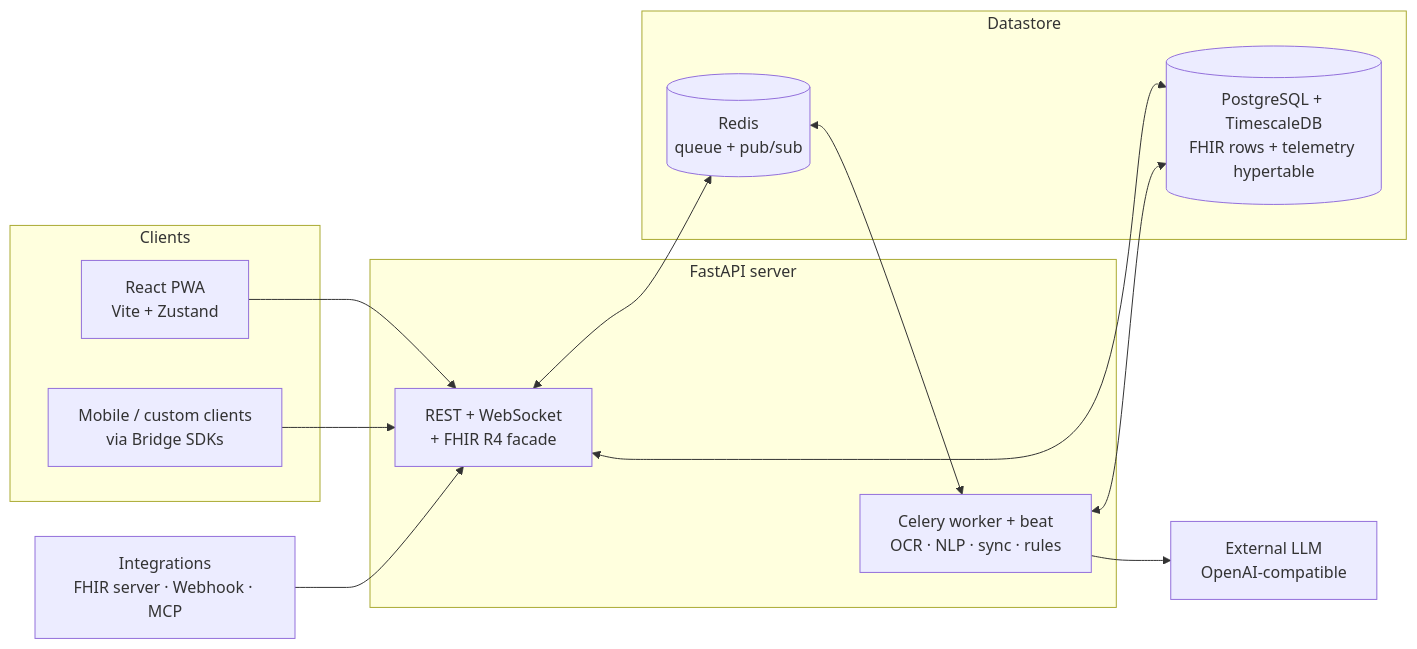
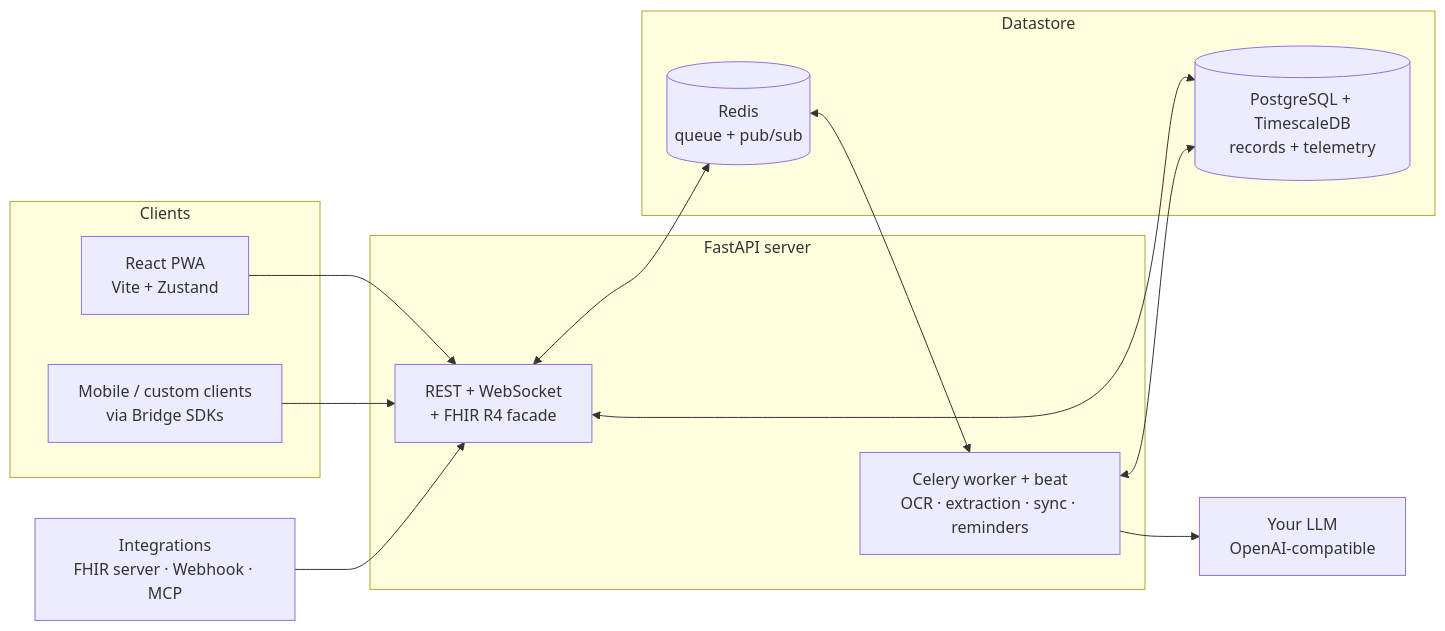
Before and after one commit to health-assistant-io/health-assistant: the diagram in README.md, drawn with Mermaid. The commit also changed other lines of this file and 1 other file, not shown here.

First line of the commit message:
docs(readme): reposition family-first, demote FHIR to clinic-ready under the hood

````diff
--- a/README.md
+++ b/README.md
@@ -189,25 +191,25 @@
 ```mermaid
 flowchart LR
     subgraph Clients
         FE[React PWA<br/>Vite + Zustand]
         RN[Mobile / custom clients<br/>via Bridge SDKs]
     end
     subgraph Server["FastAPI server"]
         API[REST + WebSocket<br/>+ FHIR R4 facade]
-        W[Celery worker + beat<br/>OCR · NLP · sync · rules]
+        W[Celery worker + beat<br/>OCR · extraction · sync · reminders]
     end
     subgraph Datastore
-        PG[(PostgreSQL + TimescaleDB<br/>FHIR rows + telemetry hypertable)]
+        PG[(PostgreSQL + TimescaleDB<br/>records + telemetry)]
         RQ[(Redis<br/>queue + pub/sub)]
     end
-    LLM[External LLM<br/>OpenAI-compatible]
+    LLM[Your LLM<br/>OpenAI-compatible]
     INT[Integrations<br/>FHIR server · Webhook · MCP]
 
     FE --> API
     RN --> API
     INT --> API
     API <--> PG
     API <--> RQ <--> W
     W <--> PG
     W --> LLM
 ```
````
